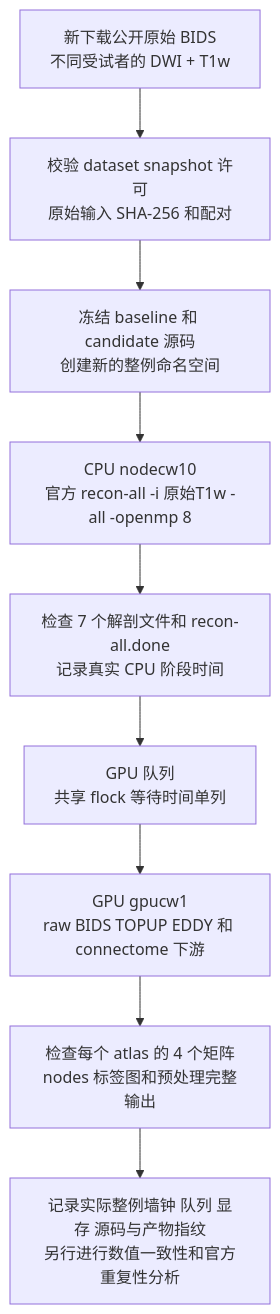
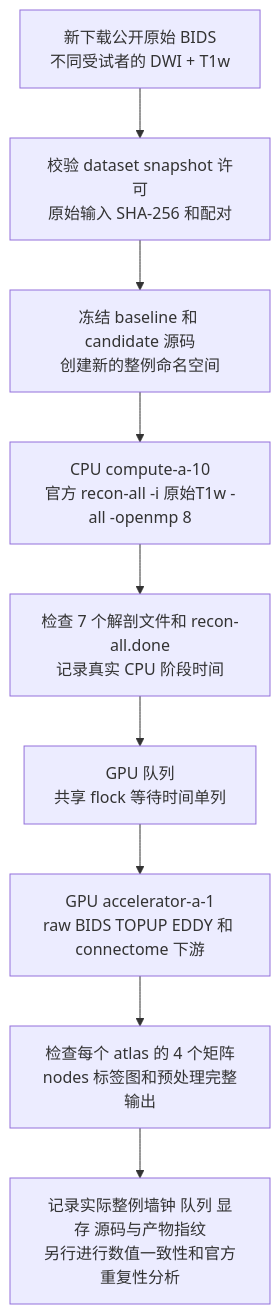
Before and after one commit to weikanggong1/Fudan-Neuroimaging-toolkit: the diagram in docs/connectome/raw_cohort_benchmark.md, drawn with Mermaid. The commit also changed other lines of this file and 5497 other files, not shown here.

````diff
--- a/docs/connectome/raw_cohort_benchmark.md
+++ b/docs/connectome/raw_cohort_benchmark.md
@@ -11,11 +11,11 @@
 ```mermaid
 flowchart TD
     A[新下载公开原始 BIDS<br/>不同受试者的 DWI + T1w] --> B[校验 dataset snapshot 许可<br/>原始输入 SHA-256 和配对]
     B --> C[冻结 baseline 和 candidate 源码<br/>创建新的整例命名空间]
-    C --> D[CPU nodecw10<br/>官方 recon-all -i 原始T1w -all -openmp 8]
+    C --> D[CPU compute-a-10<br/>官方 recon-all -i 原始T1w -all -openmp 8]
     D --> E[检查 7 个解剖文件和 recon-all.done<br/>记录真实 CPU 阶段时间]
     E --> F[GPU 队列<br/>共享 flock 等待时间单列]
-    F --> G[GPU gpucw1<br/>raw BIDS TOPUP EDDY 和 connectome 下游]
+    F --> G[GPU accelerator-a-1<br/>raw BIDS TOPUP EDDY 和 connectome 下游]
     G --> H[检查每个 atlas 的 4 个矩阵<br/>nodes 标签图和预处理完整输出]
     H --> I[记录实际整例墙钟 队列 显存 源码与产物指纹<br/>另行进行数值一致性和官方重复性分析]
 ```
````
